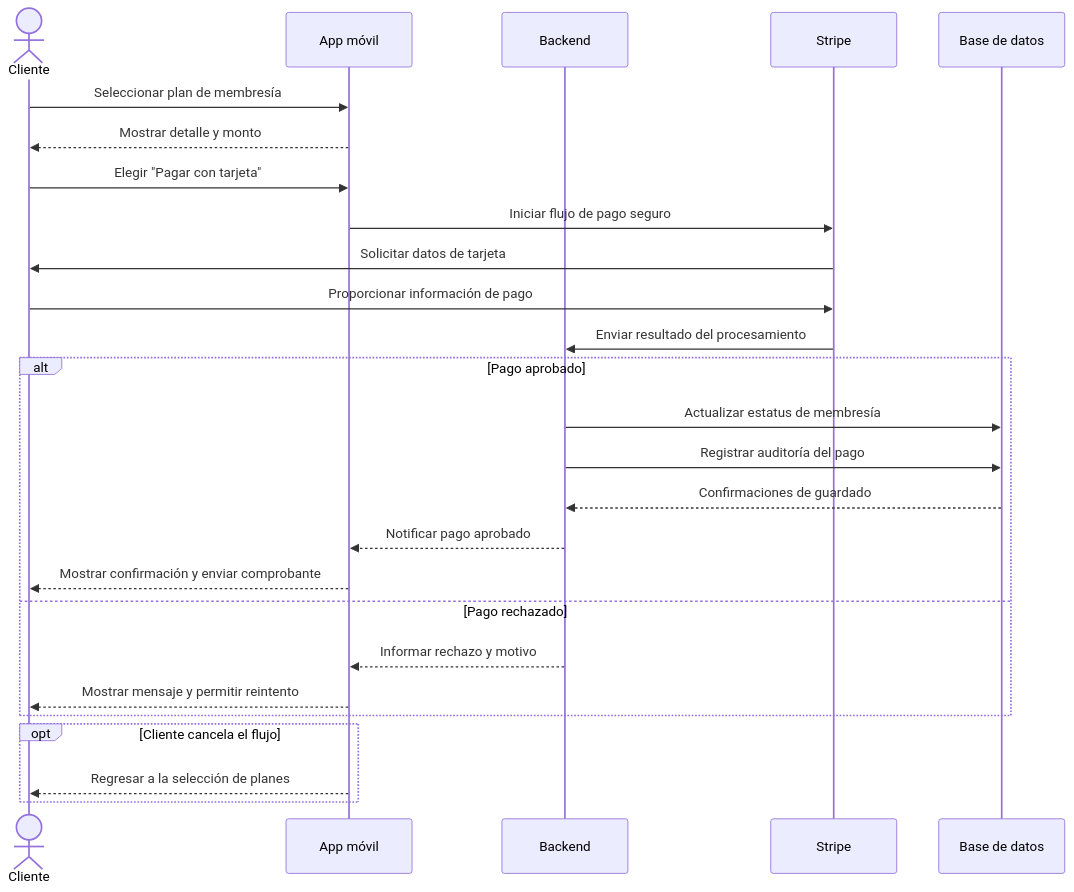
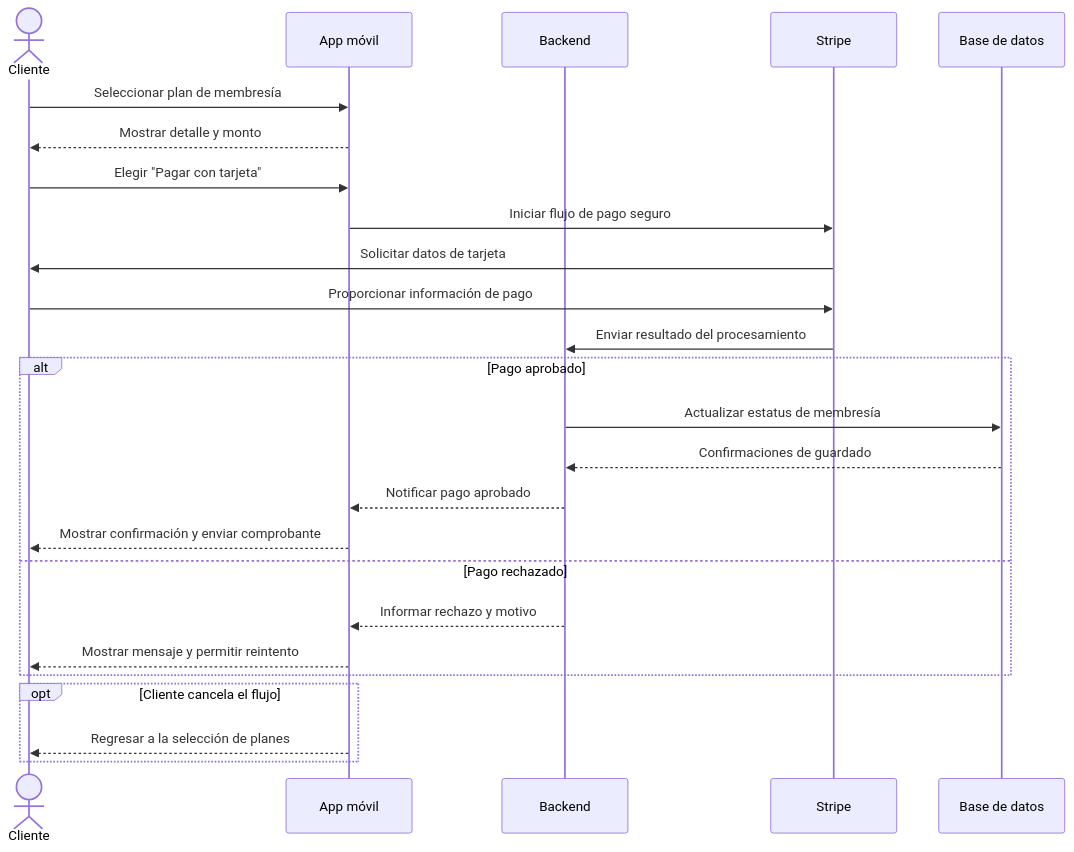
One commit to felixherrera2196/GymApp changed the fourth of 7 diagrams in diagramas_secuencia.md. Above: the diagram before and after it, drawn with Mermaid. The commit also changed other lines of this file and 7 other files, not shown here.

````diff
--- a/diagramas_secuencia.md
+++ b/diagramas_secuencia.md
@@ -88,29 +86,28 @@
 ```mermaid
 sequenceDiagram
     actor Cliente
     participant App as App móvil
     participant Backend
     participant Stripe
     participant DB as Base de datos
 
     Cliente->>App: Seleccionar plan de membresía
     App-->>Cliente: Mostrar detalle y monto
     Cliente->>App: Elegir "Pagar con tarjeta"
     App->>Stripe: Iniciar flujo de pago seguro
     Stripe->>Cliente: Solicitar datos de tarjeta
     Cliente->>Stripe: Proporcionar información de pago
     Stripe->>Backend: Enviar resultado del procesamiento
     alt Pago aprobado
         Backend->>DB: Actualizar estatus de membresía
-        Backend->>DB: Registrar auditoría del pago
         DB-->>Backend: Confirmaciones de guardado
         Backend-->>App: Notificar pago aprobado
         App-->>Cliente: Mostrar confirmación y enviar comprobante
     else Pago rechazado
         Backend-->>App: Informar rechazo y motivo
         App-->>Cliente: Mostrar mensaje y permitir reintento
     end
     opt Cliente cancela el flujo
         App-->>Cliente: Regresar a la selección de planes
     end
 ```
````
